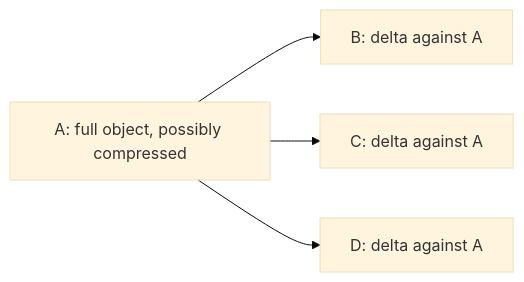
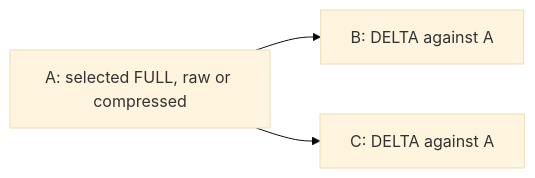
The second of 4 diagrams in docs/roadmap/0.1/0.1.4/sqlite-storage-format.md (Ephemeral-AI-Lab/ephemeral-ai-fs), drawn with Mermaid (base theme) before and after one commit. The commit also changed other lines of this file and 8 other files, not shown here.

Commit message:
docs: resolve storage architecture ownership and format audit

````diff
--- a/docs/roadmap/0.1/0.1.4/sqlite-storage-format.md
+++ b/docs/roadmap/0.1/0.1.4/sqlite-storage-format.md
@@ -188,6 +221,5 @@
 ```mermaid
 flowchart LR
-    A["A: full object, possibly compressed"] --> B["B: delta against A"]
-    A --> C["C: delta against A"]
-    A --> D["D: delta against A"]
+    A["A: selected FULL, raw or compressed"] --> B["B: DELTA against A"]
+    A --> C["C: DELTA against A"]
 ```
````
